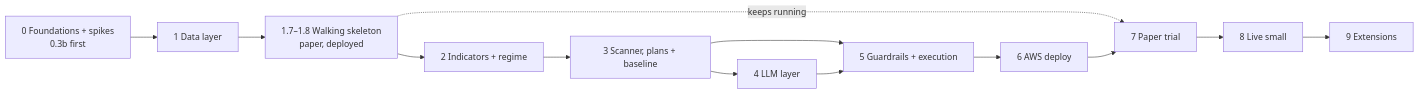
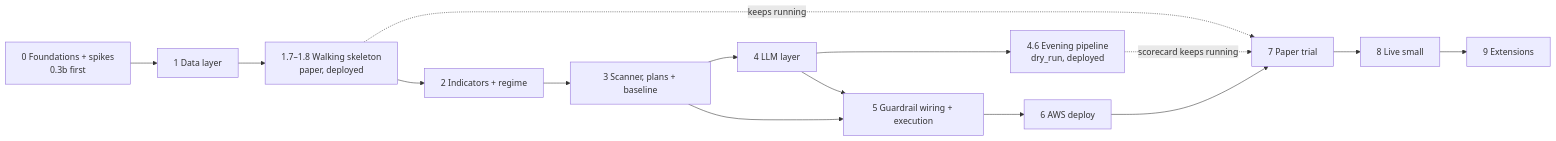
The diagram in docs/execution-plan.md (Dima252/AuraTrade), drawn with Mermaid before and after one commit. The commit also changed other lines of this file and 2 other files, not shown here.

````diff
--- a/docs/execution-plan.md
+++ b/docs/execution-plan.md
@@ -631,15 +697,17 @@
 ```mermaid
 flowchart LR
     P0[0 Foundations + spikes<br/>0.3b first] --> P1[1 Data layer]
     P1 --> SK[1.7–1.8 Walking skeleton<br/>paper, deployed]
     SK -. keeps running .-> P7
     SK --> P2[2 Indicators + regime]
     P2 --> P3[3 Scanner, plans + baseline]
     P3 --> P4[4 LLM layer]
-    P3 --> P5[5 Guardrails + execution]
+    P4 --> EV[4.6 Evening pipeline<br/>dry_run, deployed]
+    EV -. scorecard keeps running .-> P7
+    P3 --> P5[5 Guardrail wiring + execution]
     P4 --> P5
     P5 --> P6[6 AWS deploy]
     P6 --> P7[7 Paper trial]
     P7 --> P8[8 Live small]
     P8 --> P9[9 Extensions]
 ```
````
